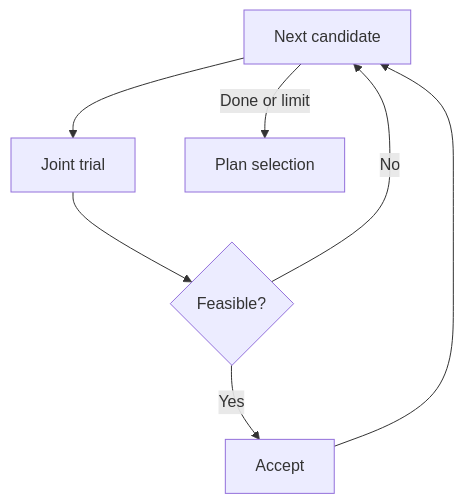
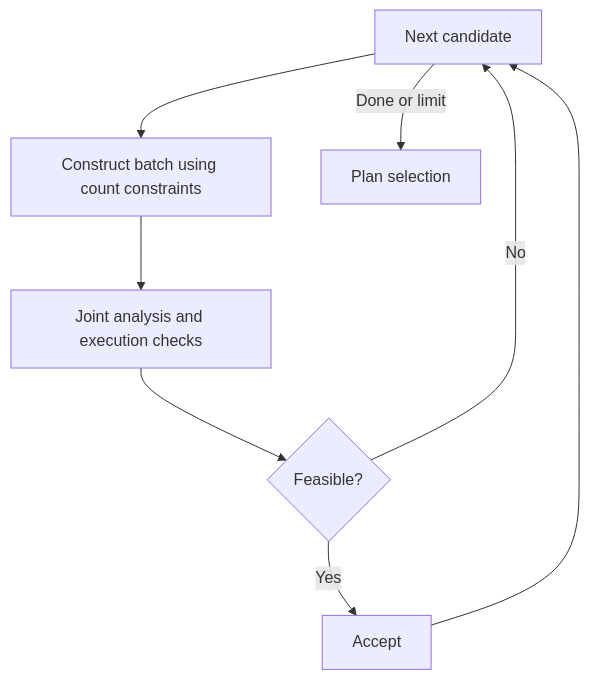
One commit to ZaberKo/torch-kirigami changed the third of 3 diagrams in docs/pruning-design.md. Above: the diagram before and after it, drawn with Mermaid. The commit also changed other lines of this file and 29 other files, not shown here.

````diff
--- a/docs/pruning-design.md
+++ b/docs/pruning-design.md
@@ -195,9 +265,10 @@
 ```mermaid
 flowchart TD
-    Next["Next candidate"] --> Trial["Joint trial"]
+    Next["Next candidate"] --> Batch["Construct batch using count constraints"]
+    Batch --> Trial["Joint analysis and execution checks"]
     Trial --> Valid{"Feasible?"}
     Valid -->|Yes| Accept["Accept"]
     Accept --> Next
     Valid -->|No| Next
     Next -->|Done or limit| Result["Plan selection"]
 ```
````
